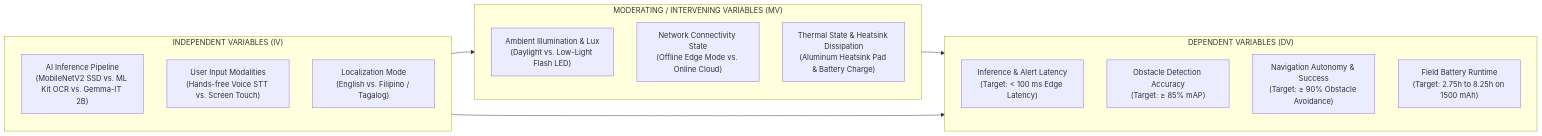
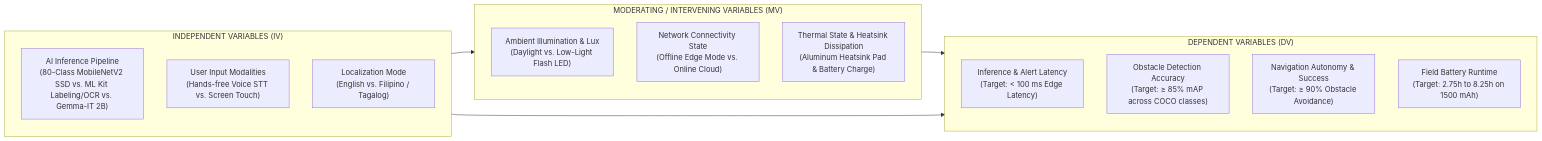
Before and after one commit to Thes-IS-IT/Easylens: the fourth of 4 diagrams in docs/architecture/conceptual_framework.md, drawn with Mermaid. The commit also changed other lines of this file, not shown here.

Commit message:
docs: add Google ML Kit Image Labeling and 80 COCO classes for MobileNetV2 SSD in conceptual framework process stage

````diff
--- a/docs/architecture/conceptual_framework.md
+++ b/docs/architecture/conceptual_framework.md
@@ -187,25 +191,25 @@
 ```mermaid
 flowchart LR
     subgraph IV ["INDEPENDENT VARIABLES (IV)"]
-        IV1["AI Inference Pipeline\n(MobileNetV2 SSD vs. ML Kit OCR vs. Gemma-IT 2B)"]
+        IV1["AI Inference Pipeline\n(80-Class MobileNetV2 SSD vs. ML Kit Labeling/OCR vs. Gemma-IT 2B)"]
         IV2["User Input Modalities\n(Hands-free Voice STT vs. Screen Touch)"]
         IV3["Localization Mode\n(English vs. Filipino / Tagalog)"]
     end
 
     subgraph MV ["MODERATING / INTERVENING VARIABLES (MV)"]
         MV1["Ambient Illumination & Lux\n(Daylight vs. Low-Light Flash LED)"]
         MV2["Network Connectivity State\n(Offline Edge Mode vs. Online Cloud)"]
         MV3["Thermal State & Heatsink Dissipation\n(Aluminum Heatsink Pad & Battery Charge)"]
     end
 
     subgraph DV ["DEPENDENT VARIABLES (DV)"]
         DV1["Inference & Alert Latency\n(Target: < 100 ms Edge Latency)"]
-        DV2["Obstacle Detection Accuracy\n(Target: ≥ 85% mAP)"]
+        DV2["Obstacle Detection Accuracy\n(Target: ≥ 85% mAP across COCO classes)"]
         DV3["Navigation Autonomy & Success\n(Target: ≥ 90% Obstacle Avoidance)"]
         DV4["Field Battery Runtime\n(Target: 2.75h to 8.25h on 1500 mAh)"]
     end
 
     IV --> MV
     MV --> DV
     IV --> DV
 ```
````
